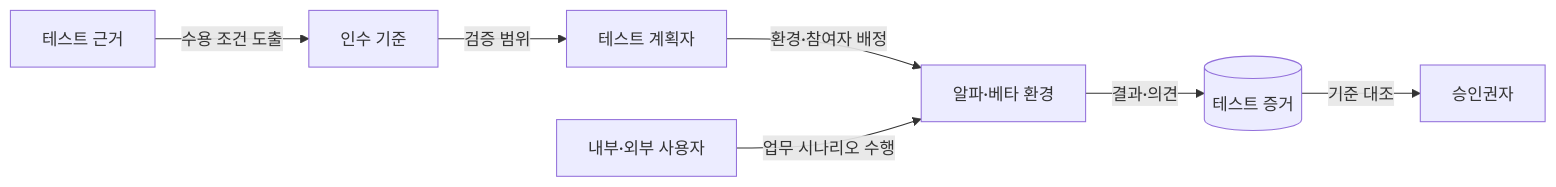
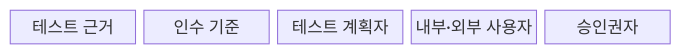
The first of 2 diagrams in src/content/docs/notes/03-software/062_alpha_beta_acceptance_testing.md (agnusdei1207/knowledge-base), drawn with Mermaid before and after one commit. The commit also changed other lines of this file and 20 other files, not shown here.

````diff
--- a/src/content/docs/notes/03-software/062_alpha_beta_acceptance_testing.md
+++ b/src/content/docs/notes/03-software/062_alpha_beta_acceptance_testing.md
@@ -57,9 +55,9 @@
 ```mermaid
-flowchart LR
-    B[테스트 근거] -->|수용 조건 도출| C[인수 기준]
-    C -->|검증 범위| P[테스트 계획자]
-    P -->|환경·참여자 배정| E[알파·베타 환경]
-    U[내부·외부 사용자] -->|업무 시나리오 수행| E
-    E -->|결과·의견| R[(테스트 증거)]
-    R -->|기준 대조| A[승인권자]
+block
+  columns 5
+  B["테스트 근거"]
+  C["인수 기준"]
+  P["테스트 계획자"]
+  U["내부·외부 사용자"]
+  A["승인권자"]
 ```
````
